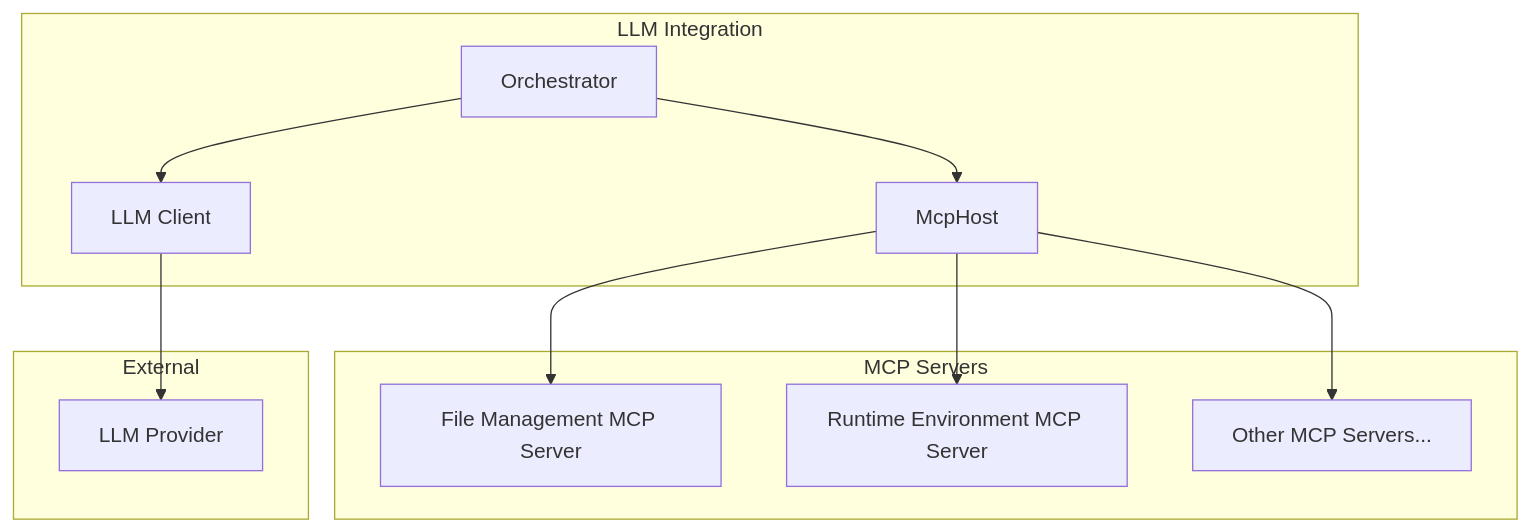
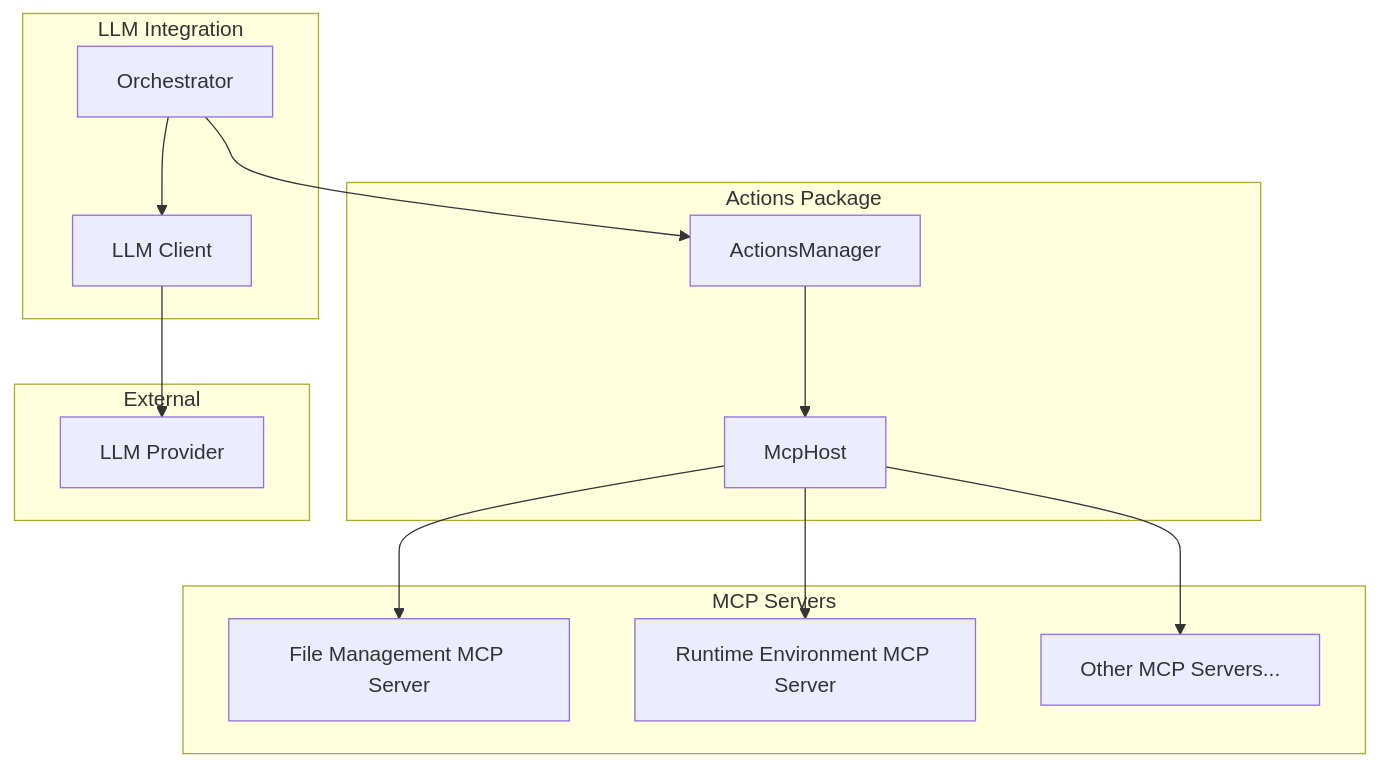
Before and after one commit to mrsimpson/piddie: the first of 6 diagrams in packages/llm-integration/README.md, drawn with Mermaid. The commit also changed other lines of this file and 32 other files, not shown here.

````diff
--- a/packages/llm-integration/README.md
+++ b/packages/llm-integration/README.md
@@ -42,25 +42,30 @@
 ```mermaid
 graph TD
+    subgraph "Actions Package"
+        AM[ActionsManager]
+        MCH[McpHost]
+        AM --> MCH
+    end
+
     subgraph "LLM Integration"
         O[Orchestrator]
         LC[LLM Client]
-        MCH[McpHost]
     end
 
     subgraph "MCP Servers"
         FS[File Management MCP Server]
         RE[Runtime Environment MCP Server]
         OMS[Other MCP Servers...]
     end
 
     subgraph "External"
         LLM[LLM Provider]
     end
 
     O --> LC
     LC --> LLM
-    O --> MCH
+    O --> AM
     MCH --> FS
     MCH --> RE
     MCH --> OMS
 ```
````
